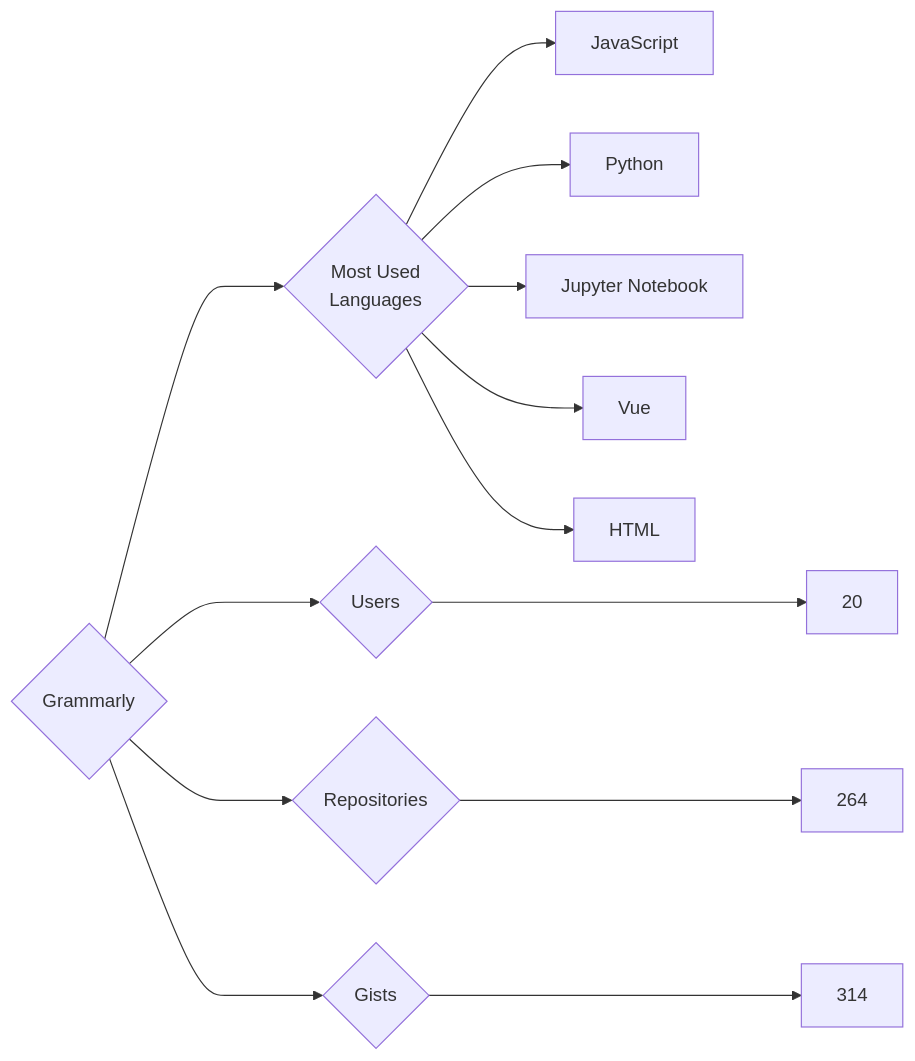
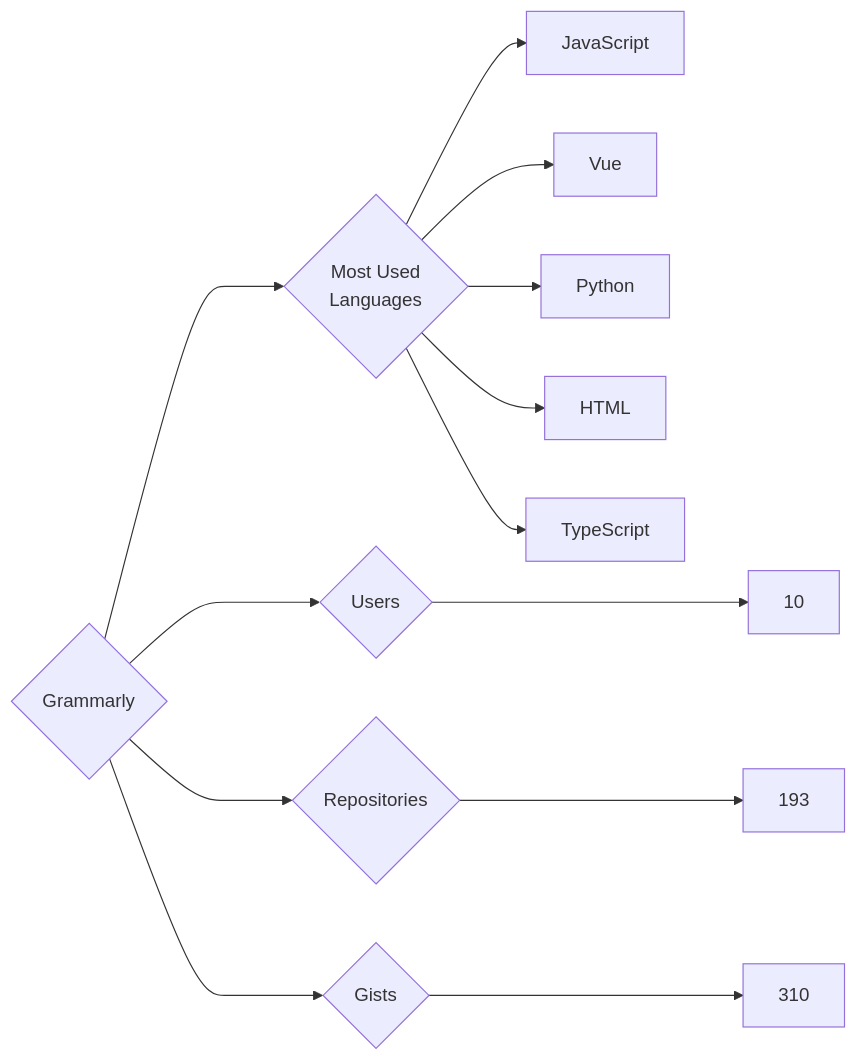
One commit to trickest/insiders changed the diagram in targets/Grammarly/README.md. Above: the diagram before and after it, drawn with Mermaid. The commit also changed 814 other files, not shown here.

````diff
--- a/targets/Grammarly/README.md
+++ b/targets/Grammarly/README.md
@@ -3,13 +3,13 @@
 ```mermaid
 graph LR
 COMPANY_NAME{Grammarly}
-COMPANY_NAME ---> U{Users} ---> UN[20]
-COMPANY_NAME ---> R{Repositories} ---> RN[264]
-COMPANY_NAME ---> G{Gists} ---> GN[314]
+COMPANY_NAME ---> U{Users} ---> UN[10]
+COMPANY_NAME ---> R{Repositories} ---> RN[193]
+COMPANY_NAME ---> G{Gists} ---> GN[310]
 COMPANY_NAME ---> ML{Most Used<br>Languages}
 ML --> JavaScript[JavaScript]
+ML --> Vue[Vue]
 ML --> Python[Python]
-ML --> Jupyter_Notebook[Jupyter Notebook]
-ML --> Vue[Vue]
 ML --> HTML[HTML]
+ML --> TypeScript[TypeScript]
 ```
````
